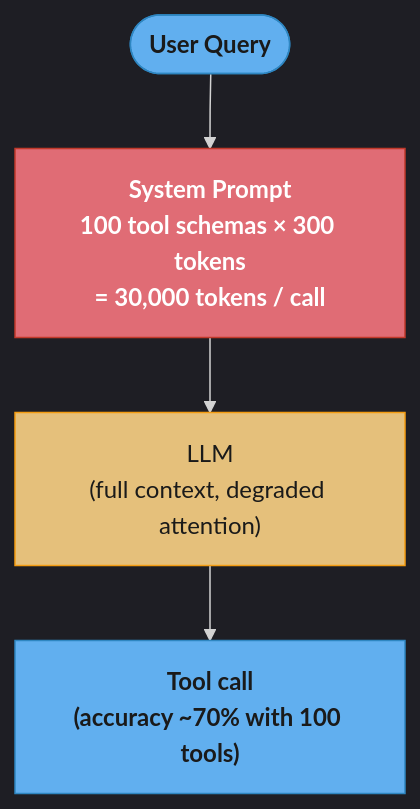
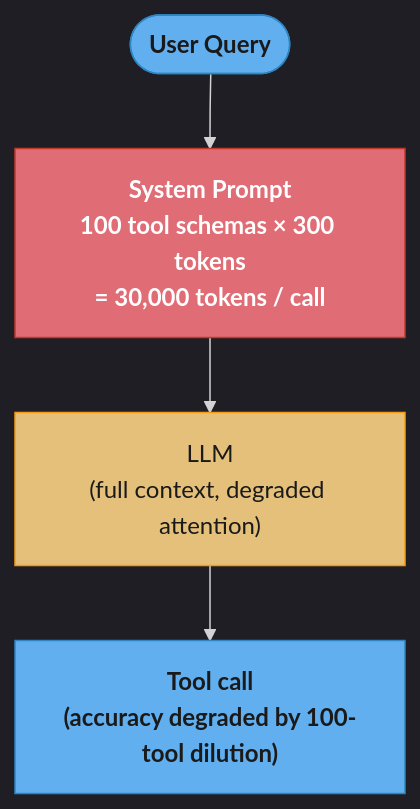
One commit to rppol/system-design changed the first of 5 diagrams in src/main/java/com/rutik/systemdesign/llm/agents_and_tool_use/tool_selection_at_scale.md. Above: the diagram before and after it, drawn with Mermaid. The commit also changed other lines of this file and 113 other files, not shown here.

````diff
--- a/src/main/java/com/rutik/systemdesign/llm/agents_and_tool_use/tool_selection_at_scale.md
+++ b/src/main/java/com/rutik/systemdesign/llm/agents_and_tool_use/tool_selection_at_scale.md
@@ -184,19 +184,19 @@
 ```mermaid
 %%{init: {'flowchart': {'curve': 'basis'}, 'theme': 'dark'}}%%
 flowchart TD
     classDef io      fill:#61afef,stroke:#2e86c1,color:#1a1a1a,font-weight:bold
     classDef frozen  fill:#c678dd,stroke:#9b59b6,color:#fff
     classDef train   fill:#98c379,stroke:#27ae60,color:#1a1a1a
     classDef mathOp  fill:#d19a66,stroke:#e67e22,color:#1a1a1a,font-weight:bold
     classDef lossN   fill:#e06c75,stroke:#c0392b,color:#fff,font-weight:bold
     classDef req     fill:#56b6c2,stroke:#0097a7,color:#1a1a1a
     classDef base    fill:#e5c07b,stroke:#f39c12,color:#1a1a1a
 
     Query([User Query]) --> Prompt
     Prompt["System Prompt\n100 tool schemas × 300 tokens\n= 30,000 tokens / call"] --> LLM
-    LLM["LLM\n(full context, degraded attention)"] --> Call["Tool call\n(accuracy ~70% with 100 tools)"]
+    LLM["LLM\n(full context, degraded attention)"] --> Call["Tool call\n(accuracy degraded by 100-tool dilution)"]
 
     class Query,Call io
     class Prompt lossN
     class LLM base
 ```
````
